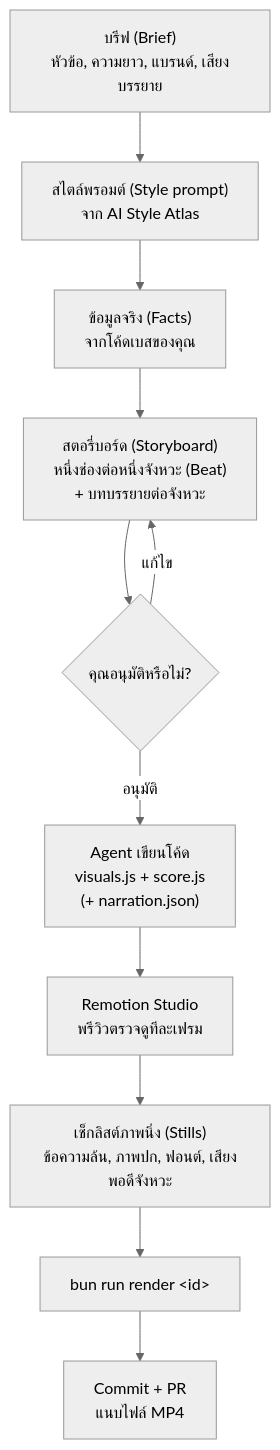
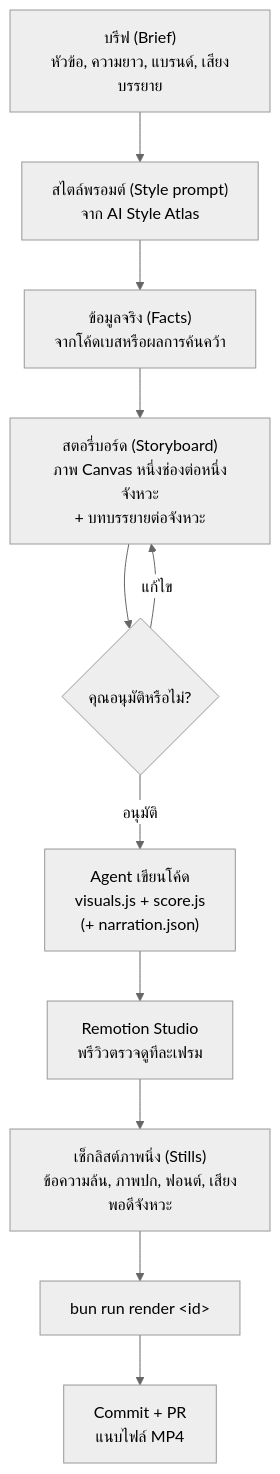
The diagram in README.th.md (3lVv0w/code-motion-skill), drawn with Mermaid (neutral theme) before and after one commit. The commit also changed other lines of this file and 62 other files, not shown here.

````diff
--- a/README.th.md
+++ b/README.th.md
@@ -17,13 +69,13 @@
 ```mermaid
 flowchart TD
   brief["บรีฟ (Brief)<br/>หัวข้อ, ความยาว, แบรนด์, เสียงบรรยาย"] --> stylePrompt["สไตล์พรอมต์ (Style prompt)<br/>จาก AI Style Atlas"]
-  stylePrompt --> facts["ข้อมูลจริง (Facts)<br/>จากโค้ดเบสของคุณ"]
-  facts --> board["สตอรี่บอร์ด (Storyboard)<br/>หนึ่งช่องต่อหนึ่งจังหวะ (Beat)<br/>+ บทบรรยายต่อจังหวะ"]
+  stylePrompt --> facts["ข้อมูลจริง (Facts)<br/>จากโค้ดเบสหรือผลการค้นคว้า"]
+  facts --> board["สตอรี่บอร์ด (Storyboard)<br/>ภาพ Canvas หนึ่งช่องต่อหนึ่งจังหวะ<br/>+ บทบรรยายต่อจังหวะ"]
   board --> ok{"คุณอนุมัติหรือไม่?"}
   ok -- "แก้ไข" --> board
   ok -- "อนุมัติ" --> build["Agent เขียนโค้ด<br/>visuals.js + score.js<br/>(+ narration.json)"]
   build --> studio["Remotion Studio<br/>พรีวิวตรวจดูทีละเฟรม"]
   studio --> check["เช็กลิสต์ภาพนิ่ง (Stills)<br/>ข้อความล้น, ภาพปก, ฟอนต์, เสียงพอดีจังหวะ"]
   check --> render["bun run render &lt;id&gt;"]
   render --> pr["Commit + PR<br/>แนบไฟล์ MP4"]
 ```
````
